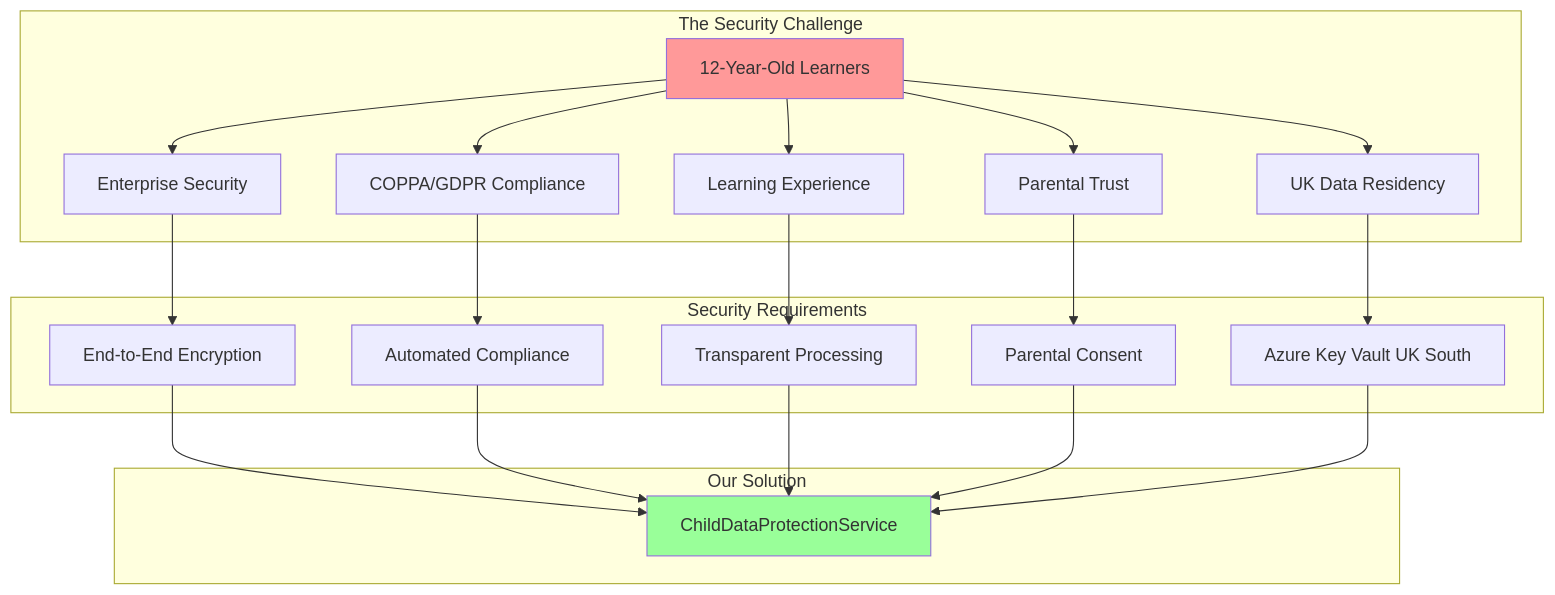
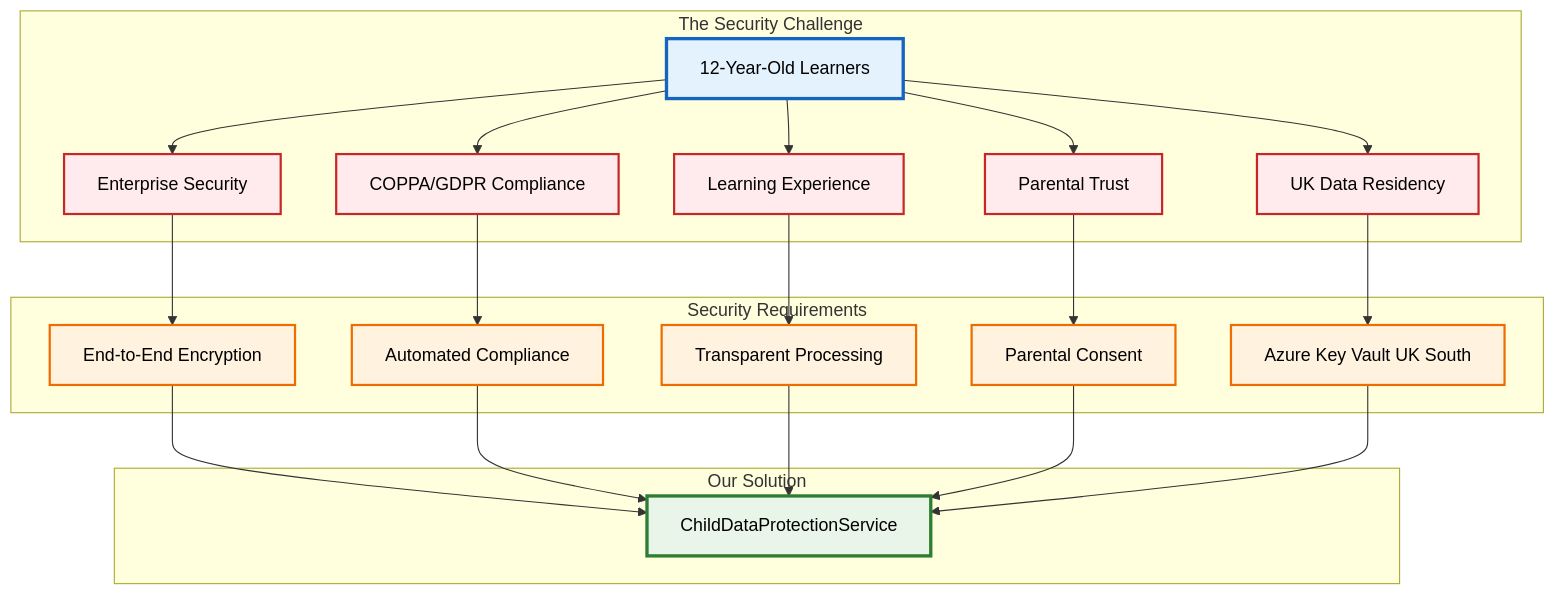
The first of 7 diagrams in docs/_posts/2025-08-08-securing-educational-platforms-enterprise-grade-child-data-protection.md (victorsaly/WorldLeadersGame), drawn with Mermaid before and after one commit. The commit also changed other lines of this file and 7 other files, not shown here.

Commit message:
🎨 Update Mermaid Diagrams for Enhanced Clarity and Readability

````diff
--- a/docs/_posts/2025-08-08-securing-educational-platforms-enterprise-grade-child-data-protection.md
+++ b/docs/_posts/2025-08-08-securing-educational-platforms-enterprise-grade-child-data-protection.md
@@ -25,29 +25,37 @@
 ```mermaid
 graph TB
     subgraph "The Security Challenge"
         A[12-Year-Old Learners] --> B[Enterprise Security]
         A --> C[COPPA/GDPR Compliance]
         A --> D[Learning Experience]
         A --> E[Parental Trust]
         A --> F[UK Data Residency]
     end
     
     subgraph "Security Requirements"
         B --> G[End-to-End Encryption]
         C --> H[Automated Compliance]
         D --> I[Transparent Processing]
         E --> J[Parental Consent]
         F --> K[Azure Key Vault UK South]
     end
     
     subgraph "Our Solution"
         G --> L[ChildDataProtectionService]
         H --> L
         I --> L
         J --> L
         K --> L
     end
     
-    style A fill:#ff9999
-    style L fill:#99ff99
+    %% Enhanced styling for security context
+    classDef learners fill:#e3f2fd,stroke:#1565c0,stroke-width:3px,color:#000
+    classDef challenge fill:#ffebee,stroke:#c62828,stroke-width:2px,color:#000
+    classDef requirements fill:#fff3e0,stroke:#ef6c00,stroke-width:2px,color:#000
+    classDef solution fill:#e8f5e8,stroke:#2e7d32,stroke-width:3px,color:#000
+    
+    class A learners
+    class B,C,D,E,F challenge
+    class G,H,I,J,K requirements
+    class L solution
 ```
````
